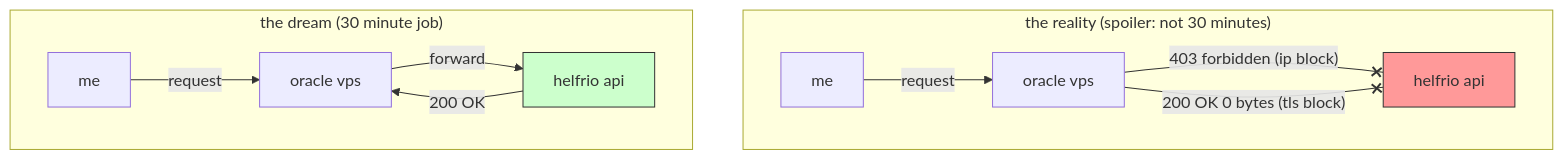
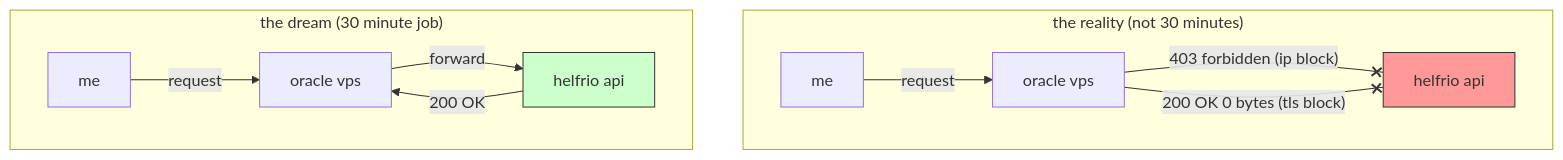
Before and after one commit to Microck/ja3-bypass-gateway: the first of 5 diagrams in README.md, drawn with Mermaid.

Commit message:
Fix subgraph label in README.md

````diff
--- a/README.md
+++ b/README.md
@@ -23,17 +23,17 @@
 ```mermaid
 graph TD
-    subgraph "the reality (spoiler: not 30 minutes)"
+    subgraph "the reality (not 30 minutes)"
         Laptop2[me] -->|request| VPS2[oracle vps]
         VPS2 -- "403 forbidden (ip block)" --x API2[helfrio api]
         VPS2 -- "200 OK 0 bytes (tls block)" --x API2
     end
 
     subgraph "the dream (30 minute job)"
         Laptop1[me] -->|request| VPS1[oracle vps]
         VPS1 -->|forward| API1[helfrio api]
         API1 -->|200 OK| VPS1
     end
     
     style API1 fill:#ccffcc,stroke:#333
     style API2 fill:#ff9999,stroke:#333
 ```
````
